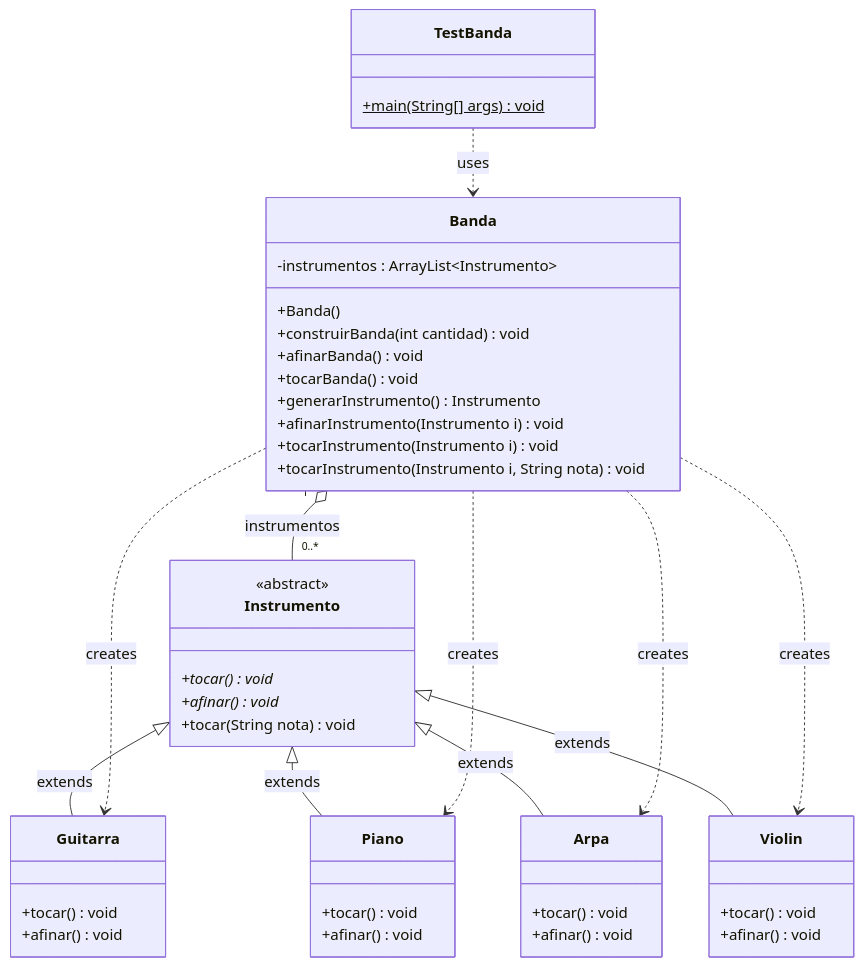
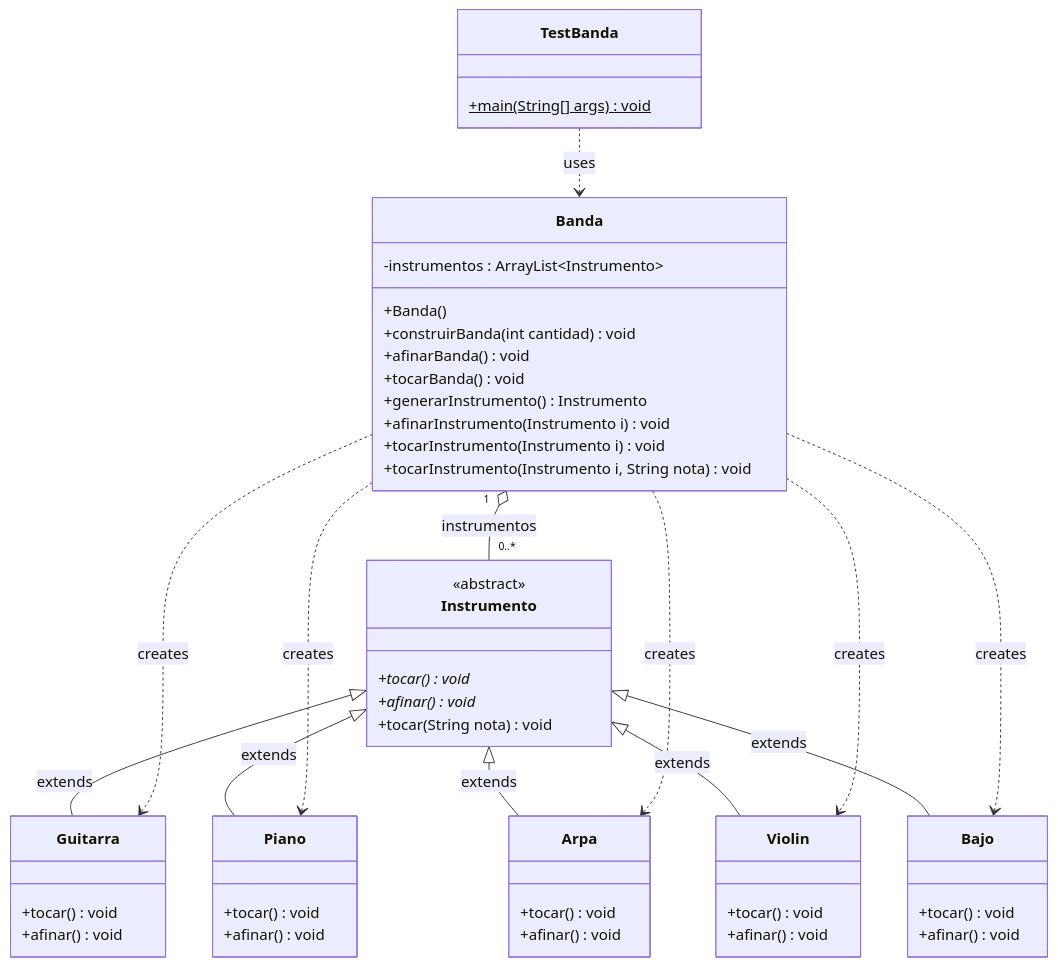
The diagram in README.md (apdaza/BandaAleatoria), drawn with Mermaid before and after one commit.

Commit message:
agregado en el diagrama el bajo

````diff
--- a/README.md
+++ b/README.md
@@ -5,57 +5,64 @@
 ```mermaid
 classDiagram
     class Instrumento {
         <<abstract>>
         +tocar()* void
         +afinar()* void
         +tocar(String nota) void
     }
 
     class Guitarra {
         +tocar() void
         +afinar() void
     }
 
     class Piano {
         +tocar() void
         +afinar() void
     }
 
     class Arpa {
         +tocar() void
         +afinar() void
     }
 
     class Violin {
         +tocar() void
         +afinar() void
     }
 
+    class Bajo {
+        +tocar() void
+        +afinar() void
+    }
+
     class Banda {
         -instrumentos : ArrayList~Instrumento~
         +Banda()
         +construirBanda(int cantidad) void
         +afinarBanda() void
         +tocarBanda() void
         +generarInstrumento() Instrumento
         +afinarInstrumento(Instrumento i) void
         +tocarInstrumento(Instrumento i) void
         +tocarInstrumento(Instrumento i, String nota) void
     }
 
     class TestBanda {
         +main(String[] args)$ void
     }
 
     Instrumento <|-- Guitarra : extends
     Instrumento <|-- Piano : extends
     Instrumento <|-- Arpa : extends
     Instrumento <|-- Violin : extends
+    Instrumento <|-- Bajo : extends
 
     Banda "1" o-- "0..*" Instrumento : instrumentos
     Banda ..> Guitarra : creates
     Banda ..> Piano : creates
     Banda ..> Arpa : creates
     Banda ..> Violin : creates
+    Banda ..> Bajo : creates
     TestBanda ..> Banda : uses
 ```
````
